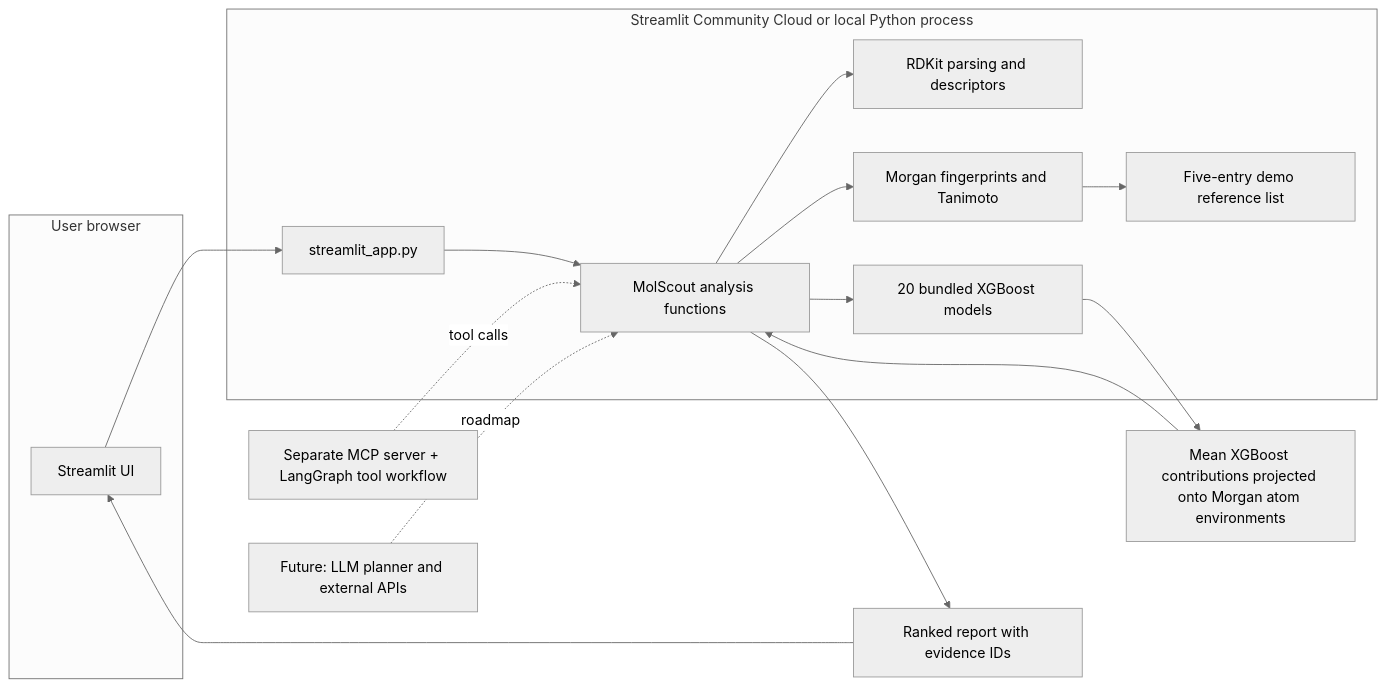
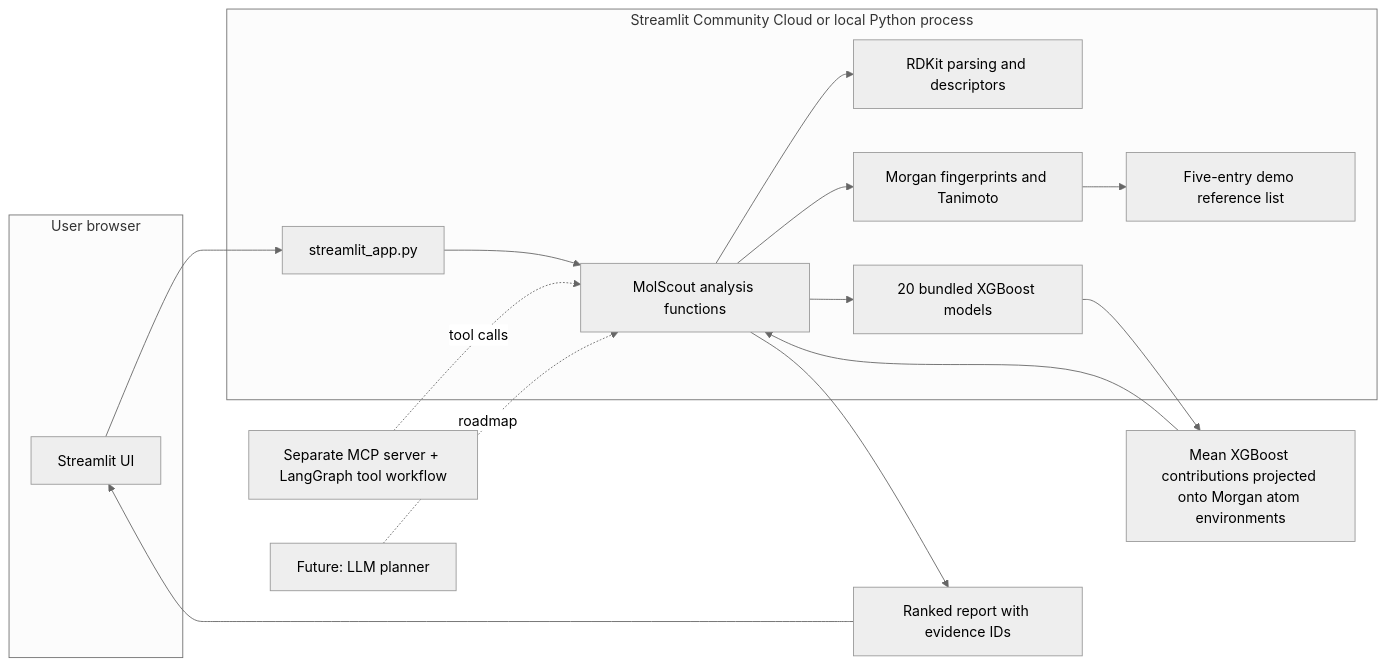
Before and after one commit to rohith-jpg/molscout: the second of 2 diagrams in README.md, drawn with Mermaid (neutral theme). The commit also changed other lines of this file, not shown here.

````diff
--- a/README.md
+++ b/README.md
@@ -59,26 +59,26 @@
 ```mermaid
 flowchart LR
     subgraph Browser[User browser]
         UI[Streamlit UI]
     end
     subgraph Runtime[Streamlit Community Cloud or local Python process]
         APP[streamlit_app.py]
         CORE[MolScout analysis functions]
         RD[RDKit parsing and descriptors]
         FP[Morgan fingerprints and Tanimoto]
         REF[Five-entry demo reference list]
         MODELS[20 bundled XGBoost models]
     end
     UI --> APP
     APP --> CORE
     CORE --> RD
     CORE --> FP
     FP --> REF
     CORE --> MODELS
     MODELS --> EX[Mean XGBoost contributions projected onto Morgan atom environments]
     EX --> CORE
     CORE --> OUT[Ranked report with evidence IDs]
     OUT --> UI
     MCP[Separate MCP server + LangGraph tool workflow] -. tool calls .-> CORE
-    FUT[Future: LLM planner and external APIs] -. roadmap .-> CORE
+    FUT[Future: LLM planner] -. roadmap .-> CORE
 ```
````
